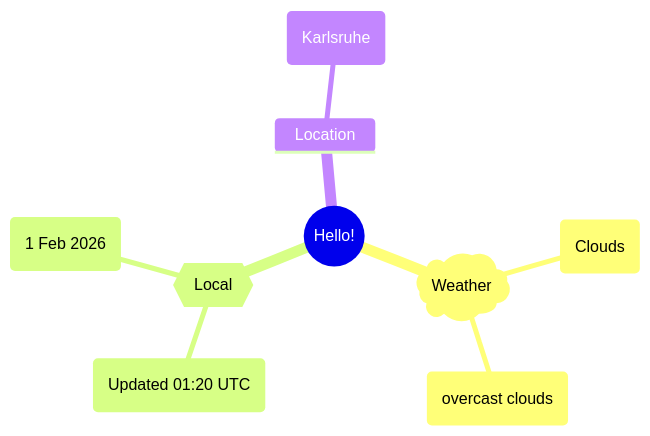
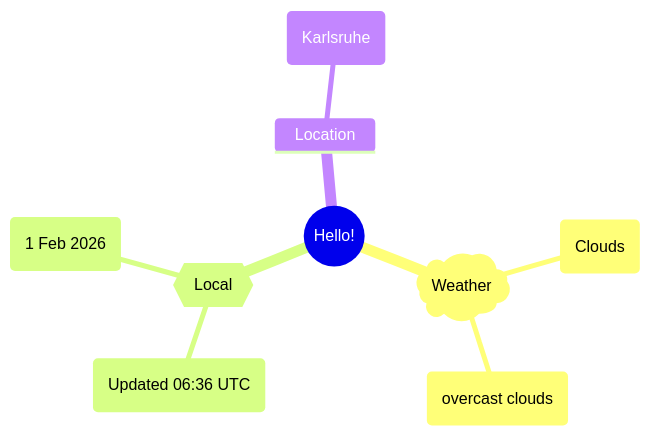
One commit to Xosrov/Xosrov changed the first of 2 diagrams in README.md. Above: the diagram before and after it, drawn with Mermaid.

Commit message:
[bot] updated images

````diff
--- a/README.md
+++ b/README.md
@@ -3,12 +3,12 @@
 ```mermaid
 mindmap
   root((Hello!))
     )Weather(
         (Clouds)
         (overcast clouds)
     {{Local}}
-        (Updated 01:20 UTC)
+        (Updated 06:36 UTC)
         (1 Feb 2026)
     Location
         (Karlsruhe)
 ```
````
